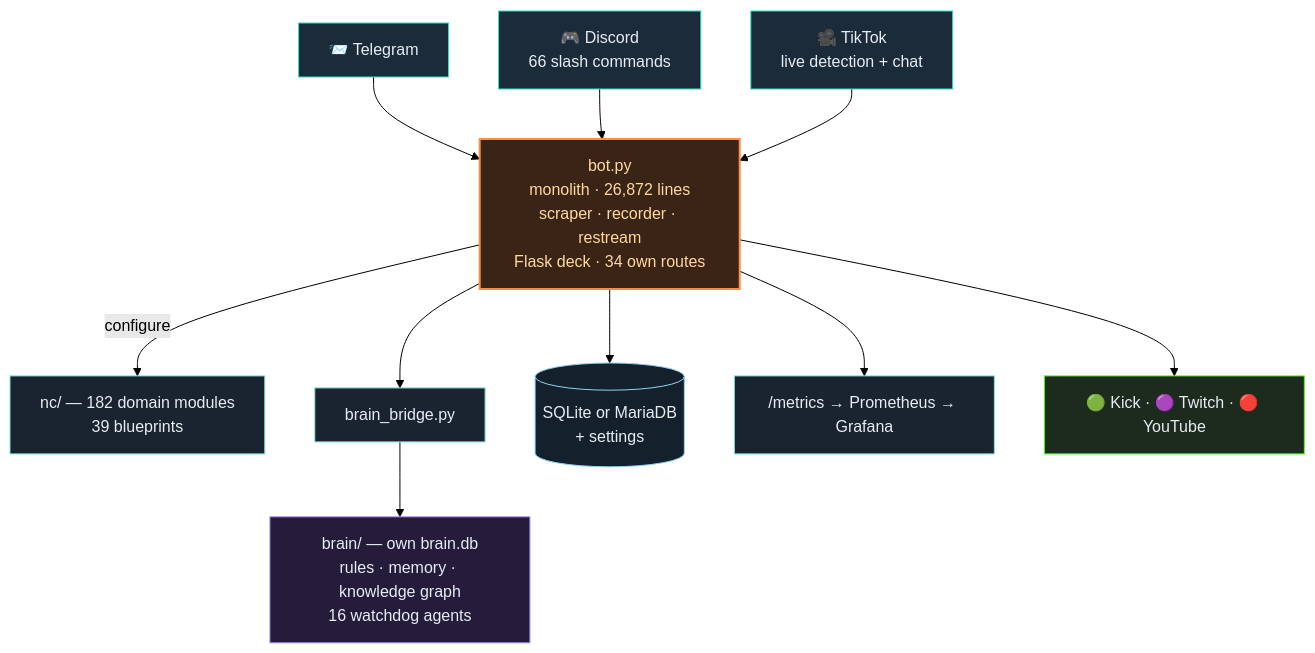
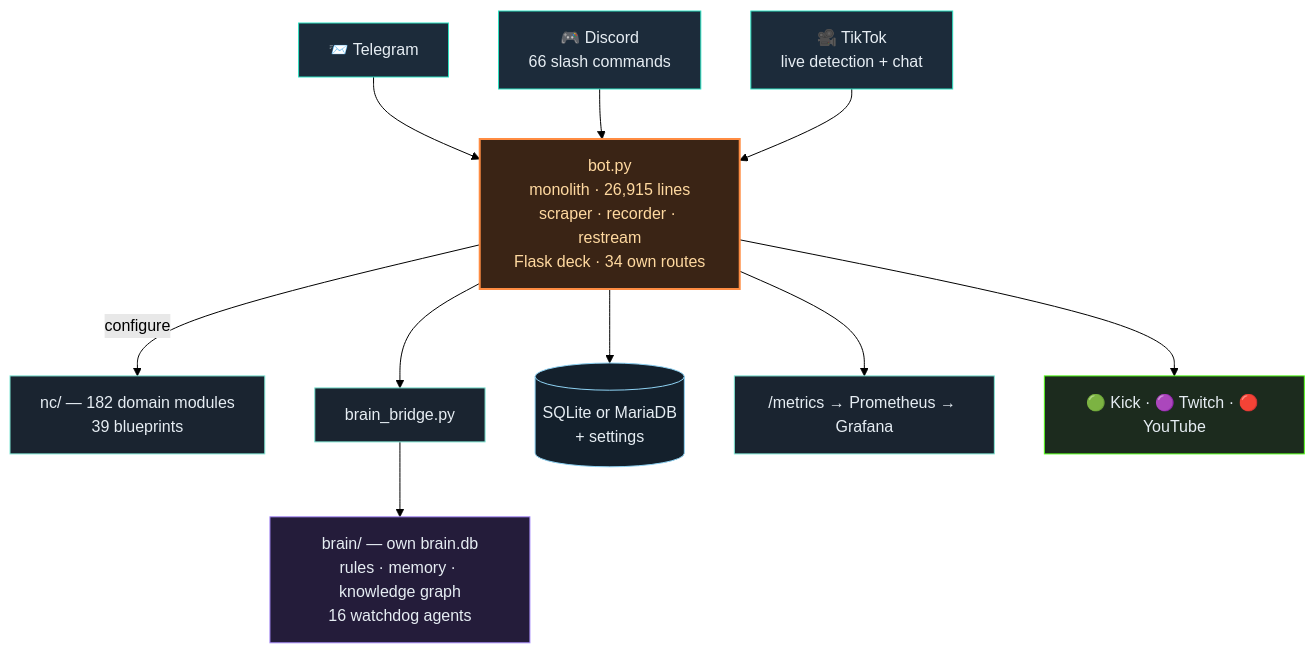
One commit to itsamemedev/Telegram-Stream-Info-Bot changed the second of 3 diagrams in README.en.md. Above: the diagram before and after it, drawn with Mermaid (forest theme). The commit also changed other lines of this file and 14 other files, not shown here.

````diff
--- a/README.en.md
+++ b/README.en.md
@@ -119,19 +119,19 @@
 ```mermaid
 flowchart TB
     TG["📨 Telegram"]:::ein --> BOT
     DC["🎮 Discord<br/>66 slash commands"]:::ein --> BOT
     TT["🎥 TikTok<br/>live detection + chat"]:::ein --> BOT
-    BOT["bot.py<br/>monolith · 26,872 lines<br/>scraper · recorder · restream<br/>Flask deck · 34 own routes"]:::core
+    BOT["bot.py<br/>monolith · 26,915 lines<br/>scraper · recorder · restream<br/>Flask deck · 34 own routes"]:::core
     BOT -->|configure| NC["nc/ — 182 domain modules<br/>39 blueprints"]:::lib
     BOT --> BR["brain_bridge.py"]:::lib
     BR --> BRAIN["brain/ — own brain.db<br/>rules · memory · knowledge graph<br/>16 watchdog agents"]:::brain
     BOT --> DB[("SQLite or MariaDB<br/>+ settings")]:::db
     BOT --> PROM["/metrics → Prometheus → Grafana"]:::lib
     BOT --> OUT["🟢 Kick · 🟣 Twitch · 🔴 YouTube"]:::out
     classDef ein fill:#1c2b3a,stroke:#2de1c2,color:#e6edf3
     classDef core fill:#3a2415,stroke:#ff8c42,stroke-width:2px,color:#ffd9a0
     classDef lib fill:#1a2430,stroke:#7fe7d4,color:#e6edf3
     classDef brain fill:#241c3a,stroke:#a78bfa,color:#e6edf3
     classDef db fill:#14202c,stroke:#8fd3f4,color:#e6edf3
     classDef out fill:#1c2b1e,stroke:#53fc18,color:#e6edf3
 ```
````
